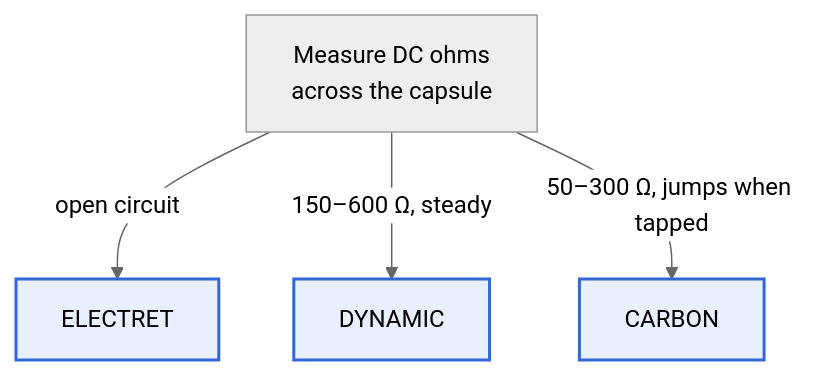
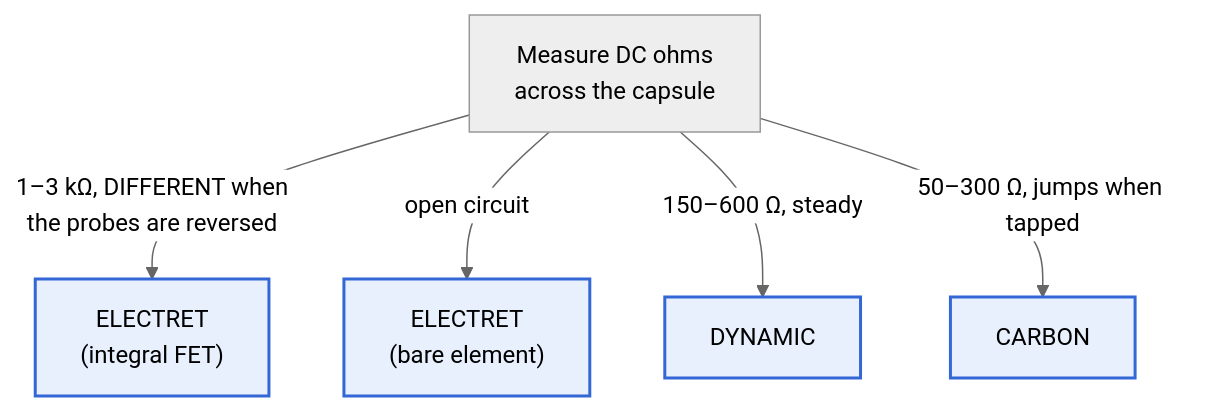
One commit to ideocentric/caryatid changed the first of 4 diagrams in docs/mic-configurations.md. Above: the diagram before and after it, drawn with Mermaid (neutral theme). The commit also changed other lines of this file and 1 other file, not shown here.

````diff
--- a/docs/mic-configurations.md
+++ b/docs/mic-configurations.md
@@ -31,10 +34,11 @@
 ```mermaid
 flowchart TB
     M["Measure DC ohms<br/>across the capsule"]
-    M -->|open circuit| E["ELECTRET"]
+    M -->|"1–3 kΩ, DIFFERENT when<br/>the probes are reversed"| EF["ELECTRET<br/>(integral FET)"]
+    M -->|open circuit| E["ELECTRET<br/>(bare element)"]
     M -->|"150–600 Ω, steady"| D["DYNAMIC"]
     M -->|"50–300 Ω, jumps when tapped"| C["CARBON"]
 
     classDef cap fill:#e8f0fe,stroke:#3367d6,stroke-width:2px
-    class E,D,C cap
+    class EF,E,D,C cap
 ```
````
